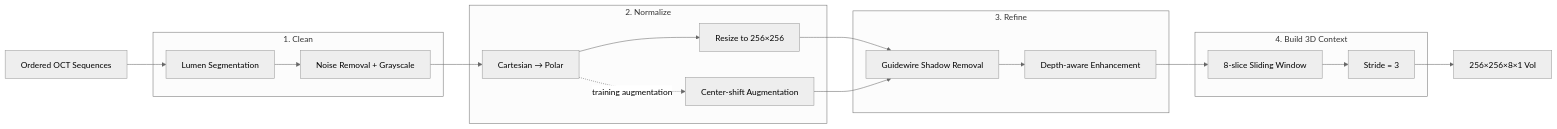
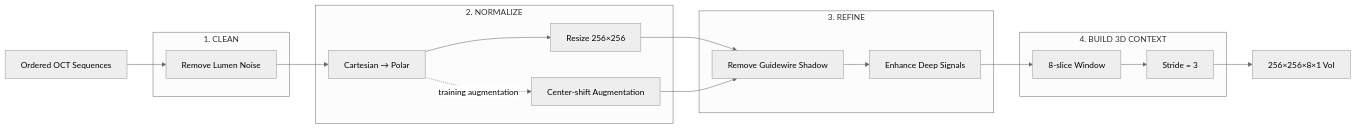
The diagram in docs/03_pipeline.md (ChengYuChing/3D-DLimage-segmentation), drawn with Mermaid (neutral theme) before and after one commit. The commit also changed other lines of this file, not shown here.

Commit message:
Improve P3 deep dive readability and remove formulas

````diff
--- a/docs/03_pipeline.md
+++ b/docs/03_pipeline.md
@@ -25,39 +15,30 @@
 ```mermaid
 flowchart LR
     A["Ordered OCT Sequences"]
 
-    subgraph S1["1. Clean"]
-        B["Lumen Segmentation"]
-        C["Noise Removal + Grayscale"]
+    subgraph S1["1. CLEAN"]
+        B["Remove Lumen Noise"]
     end
 
-    subgraph S2["2. Normalize"]
-        D["Cartesian → Polar"]
-        E["Resize to 256×256"]
-        F["Center-shift Augmentation"]
+    subgraph S2["2. NORMALIZE"]
+        C["Cartesian → Polar"]
+        D["Resize 256×256"]
+        E["Center-shift Augmentation"]
     end
 
-    subgraph S3["3. Refine"]
-        G["Guidewire Shadow Removal"]
-        H["Depth-aware Enhancement"]
+    subgraph S3["3. REFINE"]
+        F["Remove Guidewire Shadow"]
+        G["Enhance Deep Signals"]
     end
 
-    subgraph S4["4. Build 3D Context"]
-        I["8-slice Sliding Window"]
-        J["Stride = 3"]
+    subgraph S4["4. BUILD 3D CONTEXT"]
+        H["8-slice Window"]
+        I["Stride = 3"]
     end
 
-    K["256×256×8×1 VoI"]
+    J["256×256×8×1 VoI"]
 
-    A --> B
-    B --> C
-    C --> D
-    D --> E
-    E --> G
-    D -. "training augmentation" .-> F
-    F --> G
-    G --> H
-    H --> I
-    I --> J
-    J --> K
+    A --> B --> C --> D --> F --> G --> H --> I --> J
+    C -. "training augmentation" .-> E
+    E --> F
 ```
````
